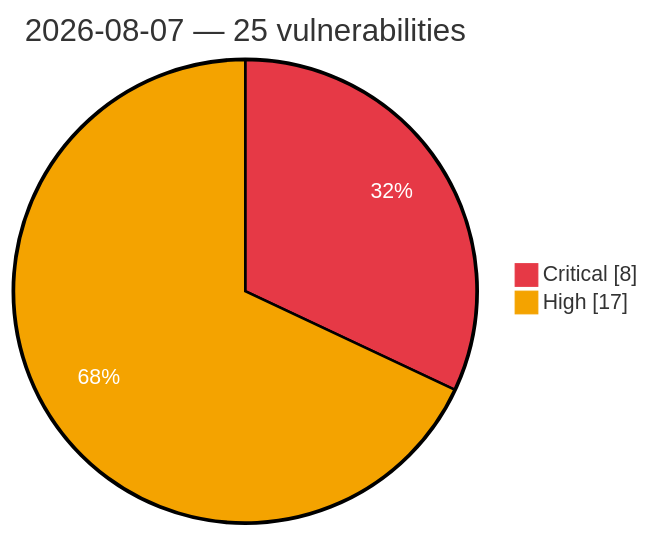
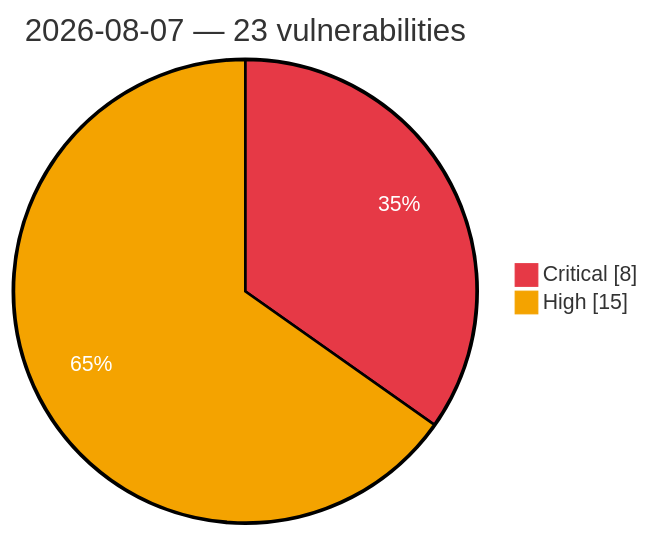
Before and after one commit to GhostX0X/vuln-tracker: the diagram in vulnerabilities/2026-08-07.md, drawn with Mermaid. The commit also changed other lines of this file and 2 other files, not shown here.

Commit message:
Auto update: critical/high vulns (2026-08-08 03:40 UTC)

````diff
--- a/vulnerabilities/2026-08-07.md
+++ b/vulnerabilities/2026-08-07.md
@@ -3,7 +3,7 @@
 ```mermaid
 %%{init: {'theme':'base', 'themeVariables': {'pie1':'#e63946', 'pie2':'#f4a300', 'pieOpacity':'1', 'pieOuterStrokeWidth':'2px', 'pieSectionTextColor':'#ffffff'}}}%%
 pie showData
-    title 2026-08-07 — 25 vulnerabilities
+    title 2026-08-07 — 23 vulnerabilities
     "Critical" : 8
-    "High" : 17
+    "High" : 15
 ```
````
